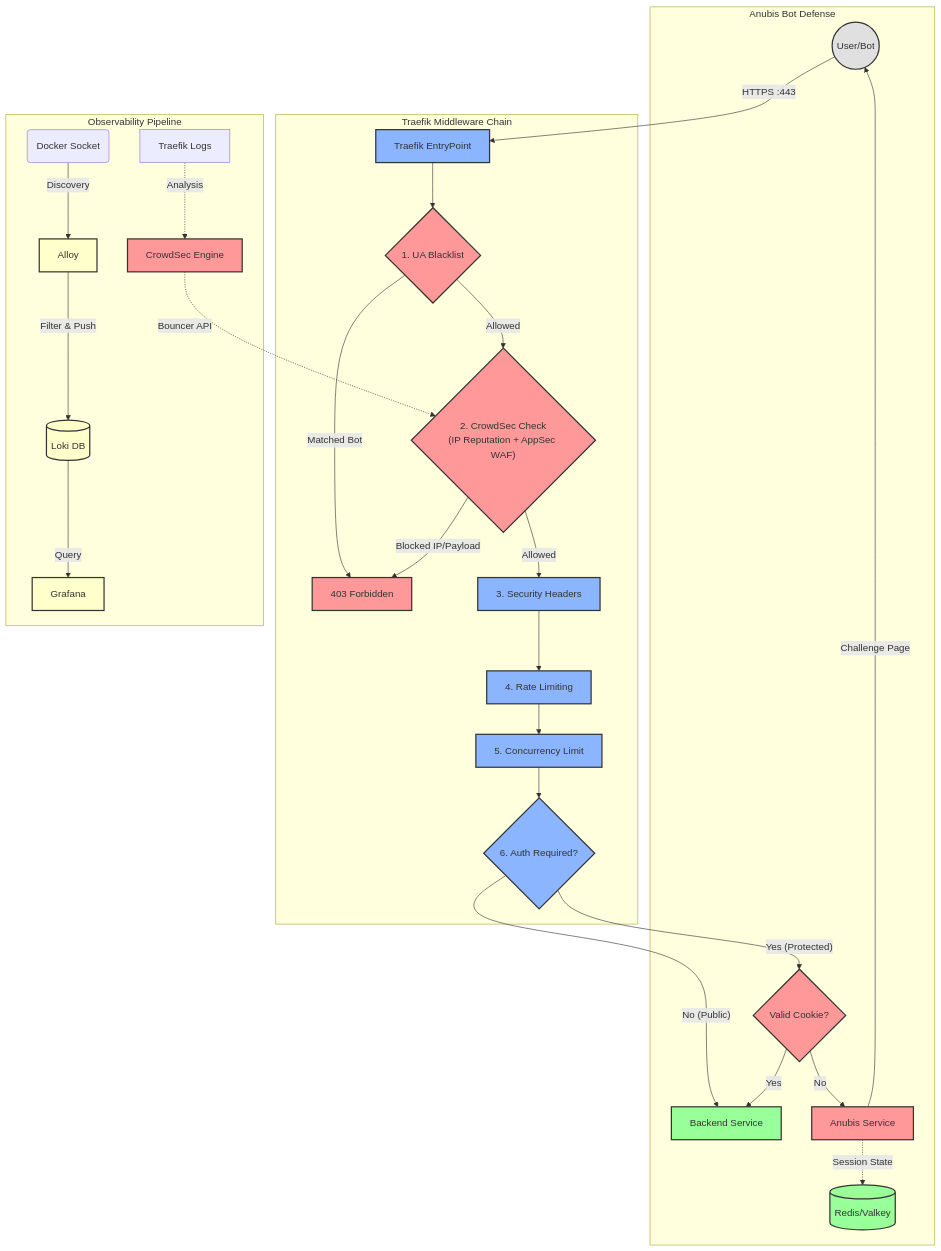
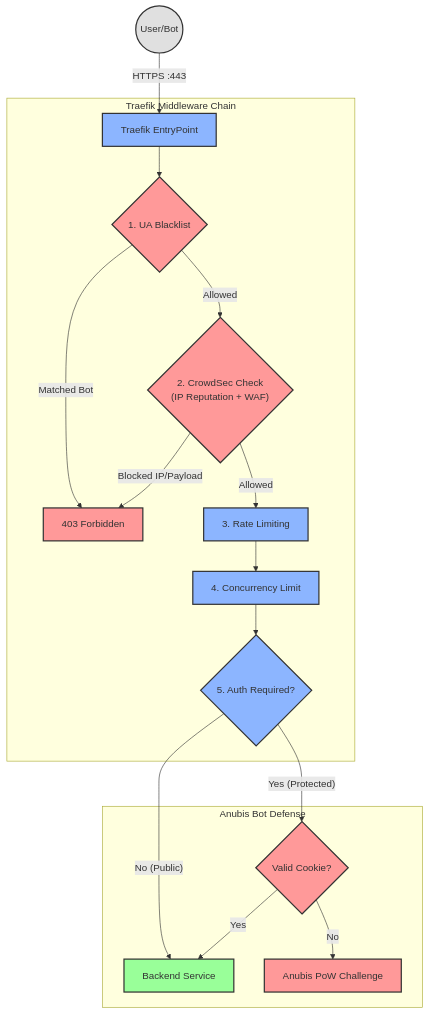
Before and after one commit to pinano/traefik-pro-stack: the diagram in README.md, drawn with Mermaid. The commit also changed other lines of this file and 11 other files, not shown here.

````diff
--- a/README.md
+++ b/README.md
@@ -177,39 +65,26 @@
 ```mermaid
 graph TD
     classDef user fill:#e0e0e0,stroke:#333,stroke-width:2px;
     classDef traefik fill:#8cb5ff,stroke:#333,stroke-width:2px;
     classDef security fill:#ff9999,stroke:#333,stroke-width:2px;
     classDef app fill:#99ff99,stroke:#333,stroke-width:2px;
-    classDef observ fill:#ffffcc,stroke:#333,stroke-width:2px;
 
     User((User/Bot)):::user -->|HTTPS :443| T_Entry[Traefik EntryPoint]:::traefik
 
     subgraph "Traefik Middleware Chain"
         T_Entry --> MW_UA{1. UA Blacklist}:::security
         MW_UA -- Matched Bot --> Block[403 Forbidden]:::security
-        MW_UA -- Allowed --> MW_CS{"2. CrowdSec Check\n(IP Reputation + AppSec WAF)"}:::security
+        MW_UA -- Allowed --> MW_CS{"2. CrowdSec Check\n(IP Reputation + WAF)"}:::security
         MW_CS -- Blocked IP/Payload --> Block
-        MW_CS -- Allowed --> MW_Sec["3. Security Headers"]:::traefik
-        MW_Sec --> MW_RL["4. Rate Limiting"]:::traefik
-        MW_RL --> MW_CC["5. Concurrency Limit"]:::traefik
-        MW_CC --> MW_Auth{6. Auth Required?}:::traefik
+        MW_CS -- Allowed --> MW_RL["3. Rate Limiting"]:::traefik
+        MW_RL --> MW_CC["4. Concurrency Limit"]:::traefik
+        MW_CC --> MW_Auth{5. Auth Required?}:::traefik
     end
 
     subgraph "Anubis Bot Defense"
         MW_Auth -- No (Public) --> Backend
         MW_Auth -- Yes (Protected) --> Check_Auth{"Valid Cookie?"}:::security
         Check_Auth -- Yes --> Backend[Backend Service]:::app
-        Check_Auth -- No --> Anubis_Svc[Anubis Service]:::security
-        Anubis_Svc -->|Challenge Page| User
-        Anubis_Svc -.->|Session State| Redis[(Redis/Valkey)]:::app
-    end
-
-    subgraph "Observability Pipeline"
-        Docker_Sock(Docker Socket) -->|Discovery| Alloy:::observ
-        Alloy -->|Filter & Push| Loki[(Loki DB)]:::observ
-        Loki -->|Query| Grafana[Grafana]:::observ
-
-        Traefik_Logs[Traefik Logs] -.->|Analysis| CrowdSec[CrowdSec Engine]:::security
-        CrowdSec -.->|Bouncer API| MW_CS
+        Check_Auth -- No --> Anubis_Svc[Anubis PoW Challenge]:::security
     end
 ```
````
